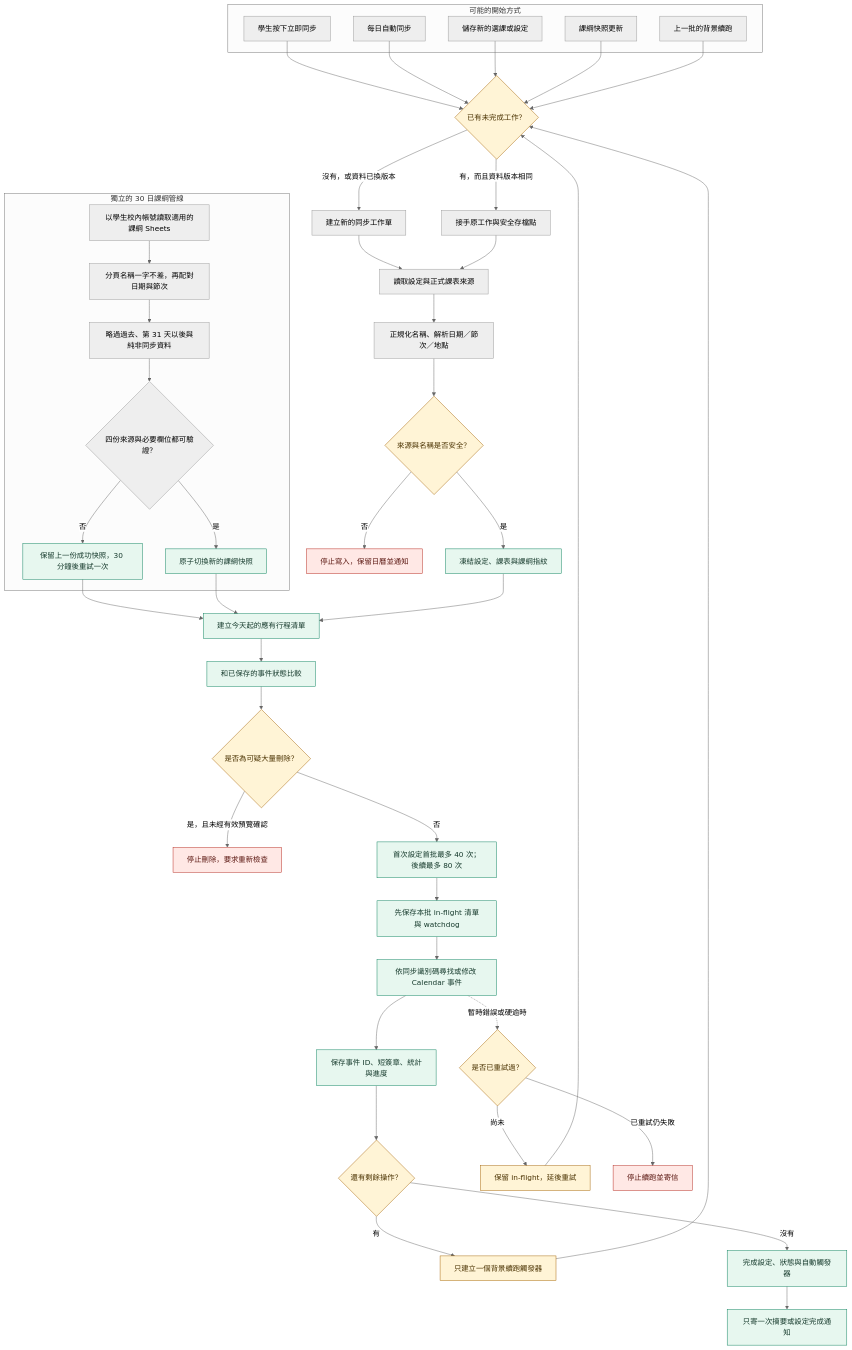
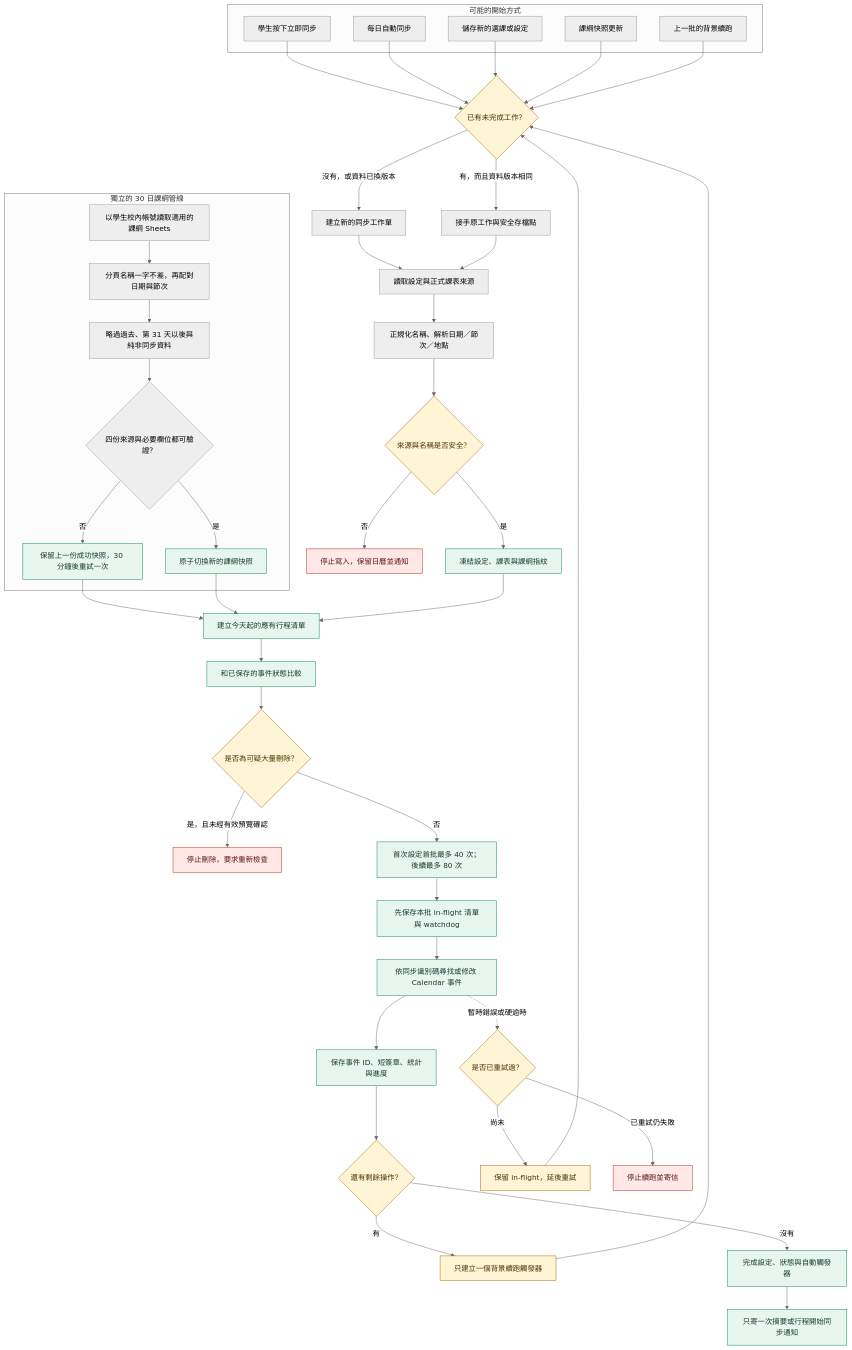
Before and after one commit to artemas-hsieh/t-school-schedule-sync: the diagram in SYNC_MECHANISM.md, drawn with Mermaid (neutral theme). The commit also changed other lines of this file and 6 other files, not shown here.

````diff
--- a/SYNC_MECHANISM.md
+++ b/SYNC_MECHANISM.md
@@ -35,66 +35,66 @@
 ```mermaid
 flowchart TB
   subgraph Start["可能的開始方式"]
     A1["學生按下立即同步"]
     A2["每日自動同步"]
     A3["儲存新的選課或設定"]
     A4["課綱快照更新"]
     A5["上一批的背景續跑"]
   end
 
   A1 --> B
   A2 --> B
   A3 --> B
   A4 --> B
   A5 --> B
 
   B{"已有未完成工作？"}
   B -- "有，而且資料版本相同" --> C["接手原工作與安全存檔點"]
   B -- "沒有，或資料已換版本" --> D["建立新的同步工作單"]
 
   D --> E["讀取設定與正式課表來源"]
   C --> E
   E --> F["正規化名稱、解析日期／節次／地點"]
   F --> G{"來源與名稱是否安全？"}
   G -- "否" --> X1["停止寫入，保留日曆並通知"]
   G -- "是" --> H["凍結設定、課表與課綱指紋"]
 
   subgraph Outline["獨立的 30 日課綱管線"]
     O1["以學生校內帳號讀取適用的課綱 Sheets"]
     O2["分頁名稱一字不差，再配對日期與節次"]
     O3["略過過去、第 31 天以後與純非同步資料"]
     O4{"四份來源與必要欄位都可驗證？"}
     O4 -- "否" --> O5["保留上一份成功快照，30 分鐘後重試一次"]
     O4 -- "是" --> O6["原子切換新的課綱快照"]
     O1 --> O2 --> O3 --> O4
   end
 
   O5 --> I
   O6 --> I
   H --> I["建立今天起的應有行程清單"]
   I --> J["和已保存的事件狀態比較"]
   J --> K{"是否為可疑大量刪除？"}
   K -- "是，且未經有效預覽確認" --> X2["停止刪除，要求重新檢查"]
   K -- "否" --> L["首次設定首批最多 40 次；後續最多 80 次"]
 
   L --> M["先保存本批 in-flight 清單與 watchdog"]
   M --> N["依同步識別碼尋找或修改 Calendar 事件"]
   N --> O["保存事件 ID、短簽章、統計與進度"]
   O --> P{"還有剩餘操作？"}
   P -- "有" --> Q["只建立一個背景續跑觸發器"]
   Q --> B
   P -- "沒有" --> R["完成設定、狀態與自動觸發器"]
-  R --> S["只寄一次摘要或設定完成通知"]
+  R --> S["只寄一次摘要或行程開始同步通知"]
 
   N -. "暫時錯誤或硬逾時" .-> T{"是否已重試過？"}
   T -- "尚未" --> U["保留 in-flight，延後重試"]
   U --> B
   T -- "已重試仍失敗" --> X3["停止續跑並寄信"]
 
   classDef safe fill:#e7f7ef,stroke:#087f5b,color:#173b2d;
   classDef caution fill:#fff4d6,stroke:#a46200,color:#4a3200;
   classDef stop fill:#ffe8e5,stroke:#b42318,color:#5b1711;
   class H,I,J,L,M,N,O,R,S,O5,O6 safe;
   class B,G,K,P,T,Q,U caution;
   class X1,X2,X3 stop;
 ```
````
